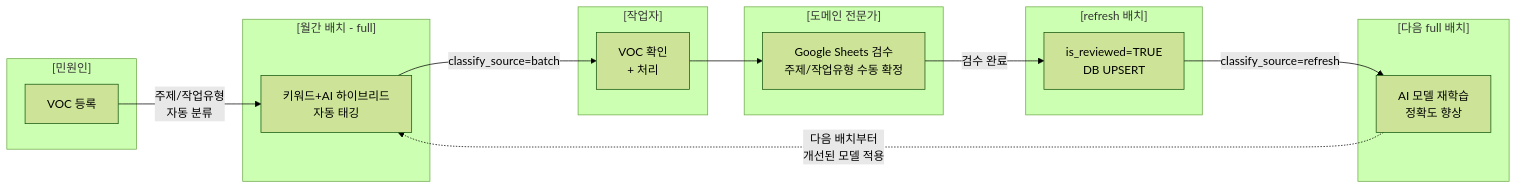
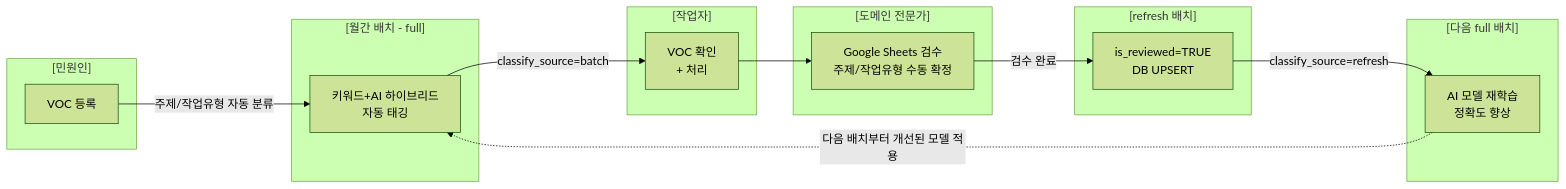
One commit to dasoldasol/dasoldasol.github.io changed the first of 3 diagrams in _posts/2026-01-16-voc-nlp-pipeline.md. Above: the diagram before and after it, drawn with Mermaid (forest theme). The commit also changed other lines of this file and 1 other file, not shown here.

Commit message:
chore : wide 설정 및 다이어그램 수정

````diff
--- a/_posts/2026-01-16-voc-nlp-pipeline.md
+++ b/_posts/2026-01-16-voc-nlp-pipeline.md
@@ -40,33 +45,33 @@
 ```mermaid
 flowchart LR
     subgraph U1["[민원인]"]
         A["VOC 등록"]
     end
 
     subgraph SYS1["[월간 배치 - full]"]
-        B["키워드+AI 하이브리드\n자동 태깅"]
+        B["키워드+AI 하이브리드<br/>자동 태깅"]
     end
 
     subgraph U2["[작업자]"]
-        C["VOC 확인\n+ 처리"]
+        C["VOC 확인<br/>+ 처리"]
     end
 
     subgraph U3["[도메인 전문가]"]
-        E["Google Sheets 검수\n주제/작업유형 수동 확정"]
+        E["Google Sheets 검수<br/>주제/작업유형 수동 확정"]
     end
 
     subgraph SYS3["[refresh 배치]"]
-        G["is_reviewed=TRUE\nDB UPSERT"]
+        G["is_reviewed=TRUE<br/>DB UPSERT"]
     end
 
     subgraph SYS2["[다음 full 배치]"]
-        F["AI 모델 재학습\n정확도 향상"]
+        F["AI 모델 재학습<br/>정확도 향상"]
     end
 
-    A -->|"주제/작업유형\n자동 분류"| B
+    A -->|"주제/작업유형 자동 분류"| B
     B -->|"classify_source=batch"| C
     C --> E
     E -->|"검수 완료"| G
     G -->|"classify_source=refresh"| F
-    F -.->|"다음 배치부터\n개선된 모델 적용"| B
+    F -.->|"다음 배치부터 개선된 모델 적용"| B
 ```
````
